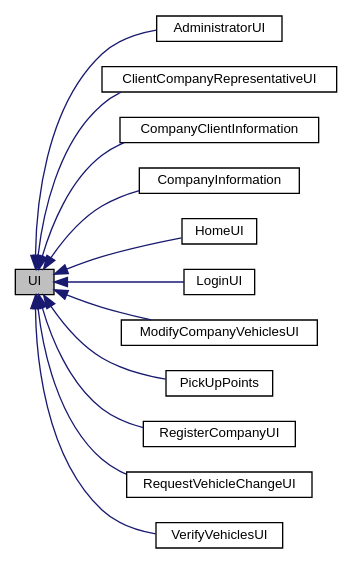
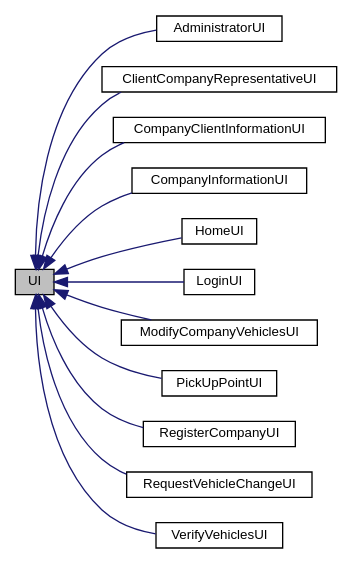
Before and after one commit to ctrlMarcio/feup-cal-proj: the diagram in classUI__inherit__graph.dot, drawn with Graphviz. The commit also changed 67 other files, not shown here.

```diff
--- a/classUI__inherit__graph.dot
+++ b/classUI__inherit__graph.dot
@@ -1,29 +1,29 @@
 digraph "UI"
 {
   edge [fontname="Helvetica",fontsize="10",labelfontname="Helvetica",labelfontsize="10"];
   node [fontname="Helvetica",fontsize="10",shape=record];
   rankdir="LR";
   Node0 [label="UI",height=0.2,width=0.4,color="black", fillcolor="grey75", style="filled", fontcolor="black"];
   Node0 -> Node1 [dir="back",color="midnightblue",fontsize="10",style="solid",fontname="Helvetica"];
   Node1 [label="AdministratorUI",height=0.2,width=0.4,color="black", fillcolor="white", style="filled",URL="$classAdministratorUI.html"];
   Node0 -> Node2 [dir="back",color="midnightblue",fontsize="10",style="solid",fontname="Helvetica"];
   Node2 [label="ClientCompanyRepresentativeUI",height=0.2,width=0.4,color="black", fillcolor="white", style="filled",URL="$classClientCompanyRepresentativeUI.html"];
   Node0 -> Node3 [dir="back",color="midnightblue",fontsize="10",style="solid",fontname="Helvetica"];
-  Node3 [label="CompanyClientInformation",height=0.2,width=0.4,color="black", fillcolor="white", style="filled",URL="$classCompanyClientInformation.html"];
+  Node3 [label="CompanyClientInformationUI",height=0.2,width=0.4,color="black", fillcolor="white", style="filled",URL="$classCompanyClientInformationUI.html"];
   Node0 -> Node4 [dir="back",color="midnightblue",fontsize="10",style="solid",fontname="Helvetica"];
-  Node4 [label="CompanyInformation",height=0.2,width=0.4,color="black", fillcolor="white", style="filled",URL="$classCompanyInformation.html"];
+  Node4 [label="CompanyInformationUI",height=0.2,width=0.4,color="black", fillcolor="white", style="filled",URL="$classCompanyInformationUI.html"];
   Node0 -> Node5 [dir="back",color="midnightblue",fontsize="10",style="solid",fontname="Helvetica"];
   Node5 [label="HomeUI",height=0.2,width=0.4,color="black", fillcolor="white", style="filled",URL="$classHomeUI.html"];
   Node0 -> Node6 [dir="back",color="midnightblue",fontsize="10",style="solid",fontname="Helvetica"];
   Node6 [label="LoginUI",height=0.2,width=0.4,color="black", fillcolor="white", style="filled",URL="$classLoginUI.html"];
   Node0 -> Node7 [dir="back",color="midnightblue",fontsize="10",style="solid",fontname="Helvetica"];
   Node7 [label="ModifyCompanyVehiclesUI",height=0.2,width=0.4,color="black", fillcolor="white", style="filled",URL="$classModifyCompanyVehiclesUI.html"];
   Node0 -> Node8 [dir="back",color="midnightblue",fontsize="10",style="solid",fontname="Helvetica"];
-  Node8 [label="PickUpPoints",height=0.2,width=0.4,color="black", fillcolor="white", style="filled",URL="$classPickUpPoints.html"];
+  Node8 [label="PickUpPointUI",height=0.2,width=0.4,color="black", fillcolor="white", style="filled",URL="$classPickUpPointUI.html"];
   Node0 -> Node9 [dir="back",color="midnightblue",fontsize="10",style="solid",fontname="Helvetica"];
   Node9 [label="RegisterCompanyUI",height=0.2,width=0.4,color="black", fillcolor="white", style="filled",URL="$classRegisterCompanyUI.html"];
   Node0 -> Node10 [dir="back",color="midnightblue",fontsize="10",style="solid",fontname="Helvetica"];
   Node10 [label="RequestVehicleChangeUI",height=0.2,width=0.4,color="black", fillcolor="white", style="filled",URL="$classRequestVehicleChangeUI.html"];
   Node0 -> Node11 [dir="back",color="midnightblue",fontsize="10",style="solid",fontname="Helvetica"];
   Node11 [label="VerifyVehiclesUI",height=0.2,width=0.4,color="black", fillcolor="white", style="filled",URL="$classVerifyVehiclesUI.html"];
 }
```
